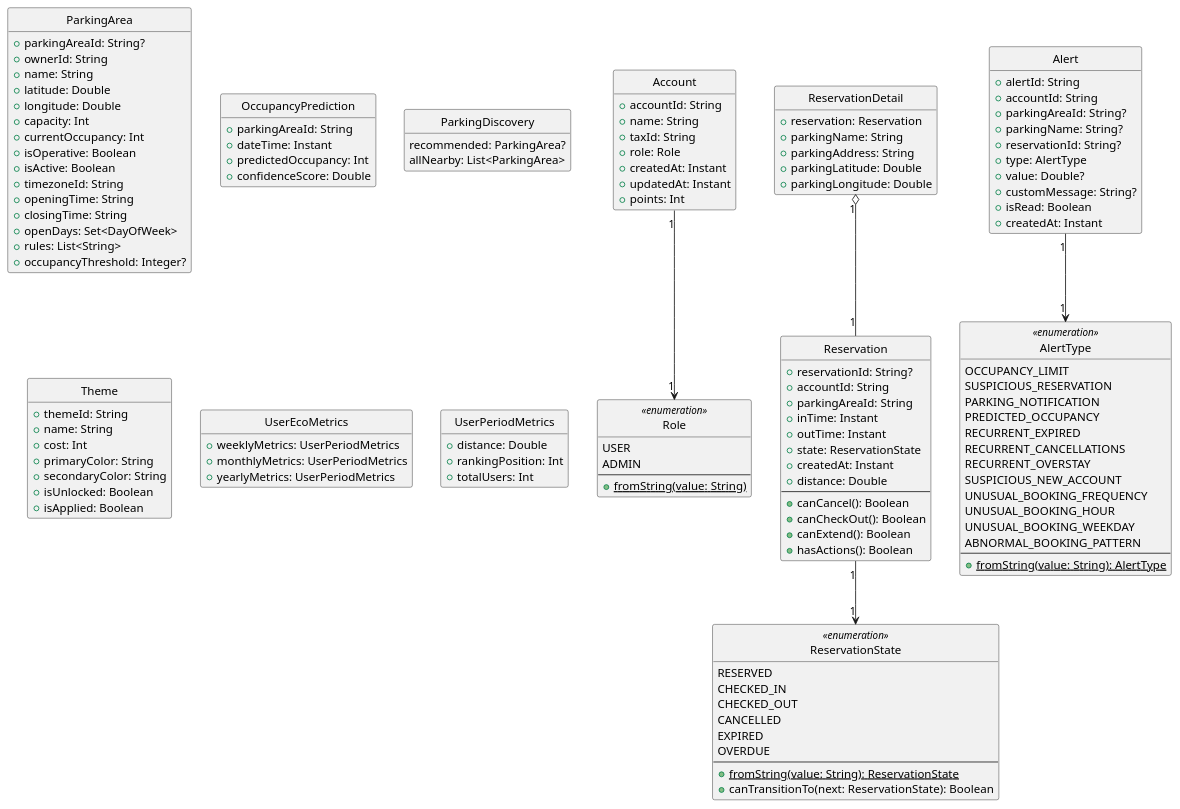
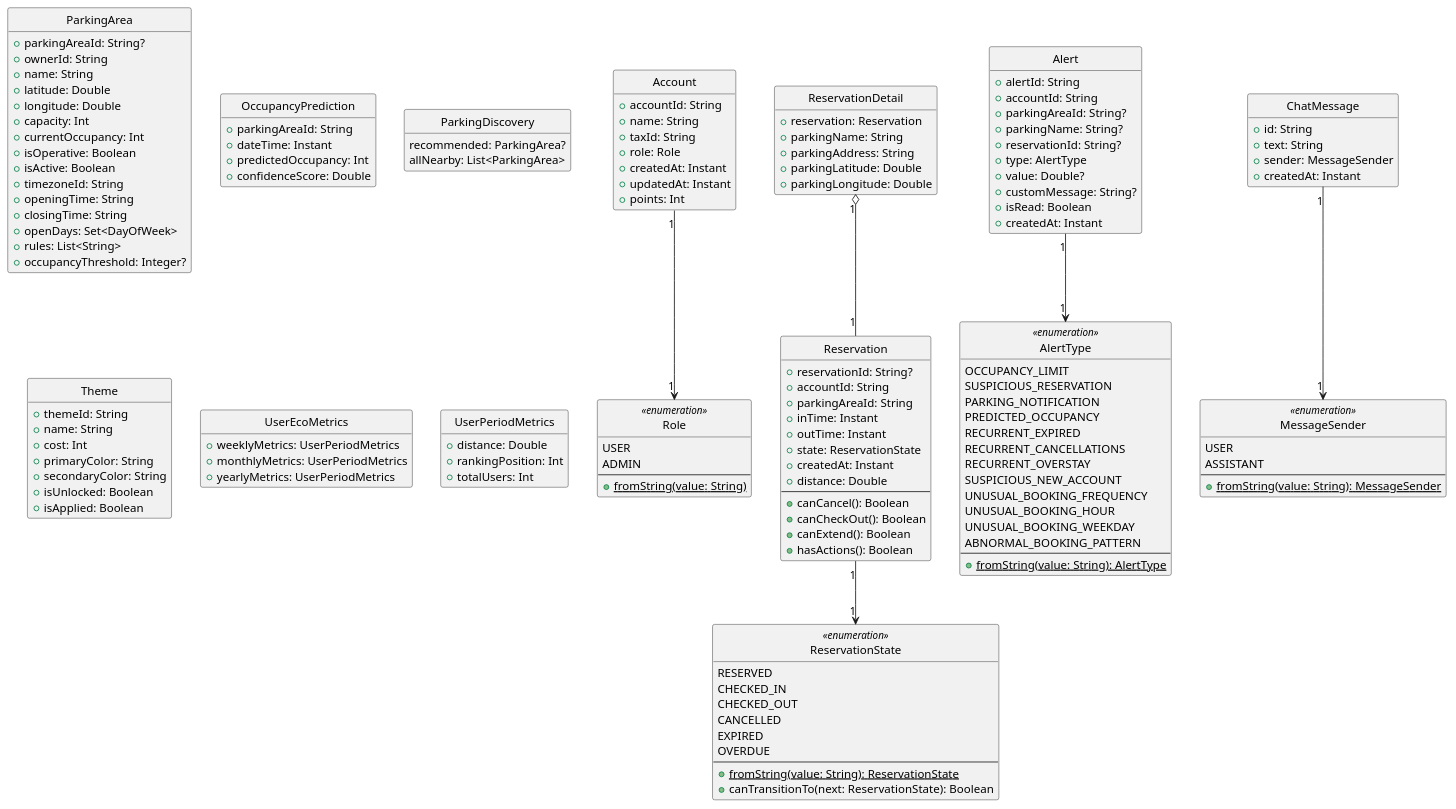
One commit to mmmatanza/BikeParkingApp changed the diagram in docs/diseño/Diagramas de clases/Entidades de dominio.puml. Above: the diagram before and after it, drawn with PlantUML. The commit also changed 11 other files, not shown here.

```diff
--- a/docs/diseño/Diagramas de clases/Entidades de dominio.puml
+++ b/docs/diseño/Diagramas de clases/Entidades de dominio.puml
@@ -1,144 +1,159 @@
 @startuml domain_entities
 skinparam style strictuml
 skinparam linetype ortho
 hide empty members
 
 class Account {
     + accountId: String
     + name: String
     + taxId: String
     + role: Role
     + createdAt: Instant
     + updatedAt: Instant
     + points: Int
 }
 
 enum Role <<enumeration>> {
     USER
     ADMIN
     --
     {static} + fromString(value: String)
 }
 
 class ParkingArea {
     + parkingAreaId: String?
     + ownerId: String
     + name: String
     + latitude: Double
     + longitude: Double
     + capacity: Int
     + currentOccupancy: Int
     + isOperative: Boolean
     + isActive: Boolean
     + timezoneId: String
     + openingTime: String
     + closingTime: String
     + openDays: Set<DayOfWeek>
     + rules: List<String>
     + occupancyThreshold: Integer?
 }
 class Reservation {
     + reservationId: String?
     + accountId: String
     + parkingAreaId: String
     + inTime: Instant
     + outTime: Instant
     + state: ReservationState
     + createdAt: Instant
     + distance: Double
     --
     + canCancel(): Boolean
     + canCheckOut(): Boolean
     + canExtend(): Boolean
     + hasActions(): Boolean
 }
 
 enum ReservationState <<enumeration>> {
     RESERVED
     CHECKED_IN
     CHECKED_OUT
     CANCELLED
     EXPIRED
     OVERDUE
     --
     {static} + fromString(value: String): ReservationState
     + canTransitionTo(next: ReservationState): Boolean
 }
 
 class ReservationDetail {
     + reservation: Reservation
     + parkingName: String
     + parkingAddress: String
     + parkingLatitude: Double
     + parkingLongitude: Double
 }
 
 class Alert {
     + alertId: String
     + accountId: String
     + parkingAreaId: String?
     + parkingName: String?
     + reservationId: String?
     + type: AlertType
     + value: Double?
     + customMessage: String?
     + isRead: Boolean
     + createdAt: Instant
 }
 
 class OccupancyPrediction {
     + parkingAreaId: String
     + dateTime: Instant
     + predictedOccupancy: Int
     + confidenceScore: Double
 }
 
 enum AlertType <<enumeration>> {
     OCCUPANCY_LIMIT
     SUSPICIOUS_RESERVATION
     PARKING_NOTIFICATION
     PREDICTED_OCCUPANCY
     RECURRENT_EXPIRED
     RECURRENT_CANCELLATIONS
     RECURRENT_OVERSTAY
     SUSPICIOUS_NEW_ACCOUNT
     UNUSUAL_BOOKING_FREQUENCY
     UNUSUAL_BOOKING_HOUR
     UNUSUAL_BOOKING_WEEKDAY
     ABNORMAL_BOOKING_PATTERN
     --
     {static} + fromString(value: String): AlertType
 }
 
 class ParkingDiscovery{
     recommended: ParkingArea?
     allNearby: List<ParkingArea>
 }
 
 class Theme {
     + themeId: String
     + name: String
     + cost: Int
     + primaryColor: String
     + secondaryColor: String
     + isUnlocked: Boolean
     + isApplied: Boolean
 }
 
 class UserEcoMetrics {
     + weeklyMetrics: UserPeriodMetrics
     + monthlyMetrics: UserPeriodMetrics
     + yearlyMetrics: UserPeriodMetrics
 }
 
 class UserPeriodMetrics {
     + distance: Double
     + rankingPosition: Int
     + totalUsers: Int
 }
 
+class ChatMessage {
+    + id: String
+    + text: String
+    + sender: MessageSender
+    + createdAt: Instant
+}
+
+enum MessageSender <<enumeration>> {
+    USER
+    ASSISTANT
+    --
+    {static} + fromString(value: String): MessageSender
+}
+
+ChatMessage "1" --> "1" MessageSender
 Account "1" --> "1" Role
 Reservation "1" --> "1" ReservationState
 ReservationDetail "1" o-- "1" Reservation
 Alert "1" --> "1" AlertType
 @enduml
```
